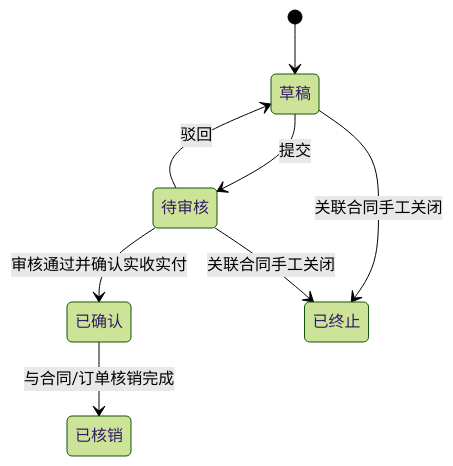
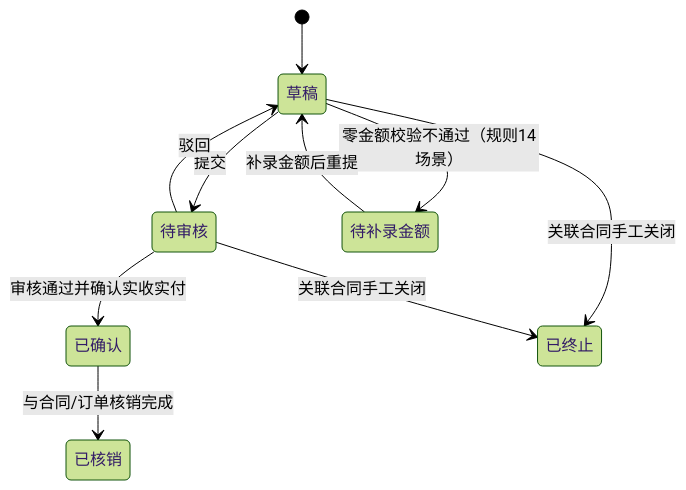
The tenth of 11 diagrams in docs/V6阶段A-流程图状态机与UI原型清单.md (nancyxjp2019/jgport-supply), drawn with Mermaid (forest theme) before and after one commit. The commit also changed other lines of this file and 1 other file, not shown here.

````diff
--- a/docs/V6阶段A-流程图状态机与UI原型清单.md
+++ b/docs/V6阶段A-流程图状态机与UI原型清单.md
@@ -142,10 +172,12 @@
 ```mermaid
 stateDiagram-v2
     [*] --> 草稿
     草稿 --> 待审核: 提交
+    草稿 --> 待补录金额: 零金额校验不通过（规则14场景）
+    待补录金额 --> 草稿: 补录金额后重提
     待审核 --> 草稿: 驳回
     待审核 --> 已确认: 审核通过并确认实收实付
     已确认 --> 已核销: 与合同/订单核销完成
     草稿 --> 已终止: 关联合同手工关闭
     待审核 --> 已终止: 关联合同手工关闭
 ```
````
